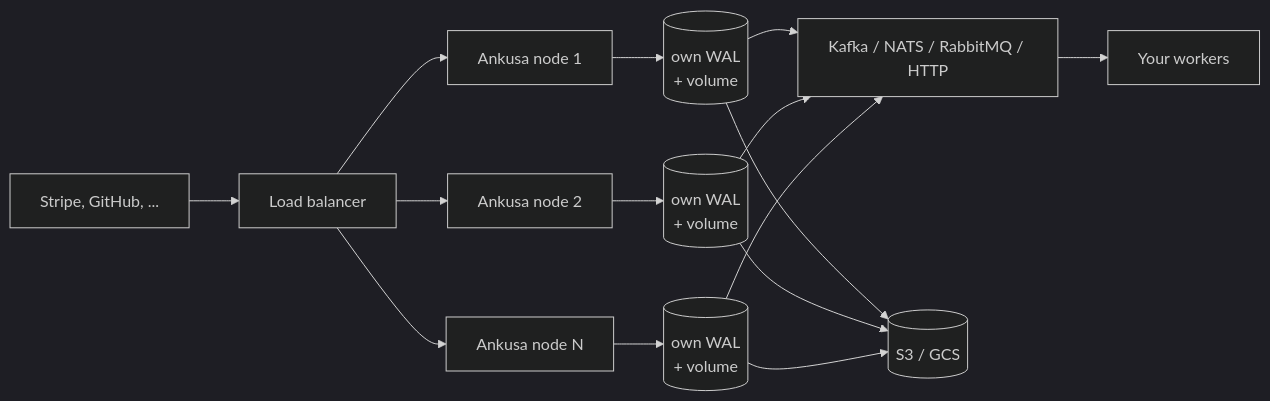
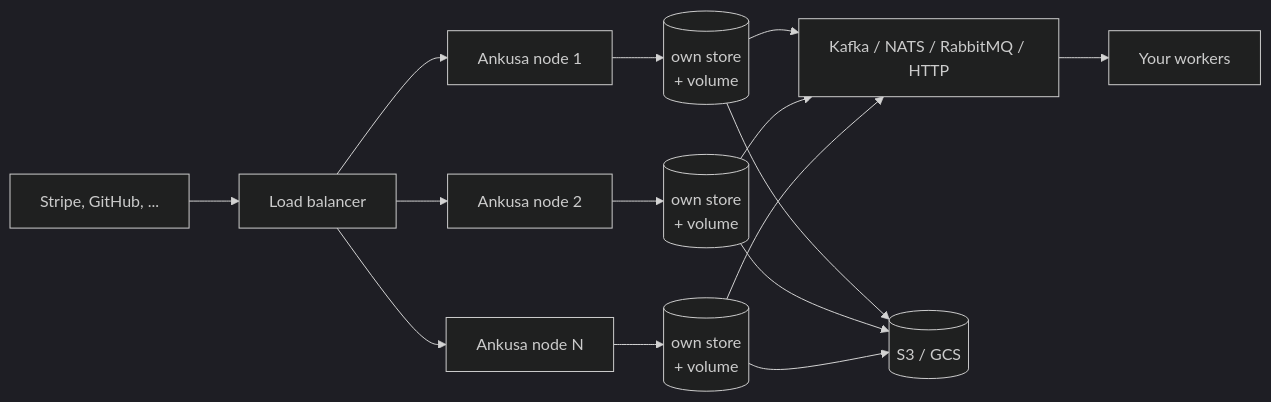
The second of 2 diagrams in README.md (jamescarr/ankusa), drawn with Mermaid (dark theme) before and after one commit. The commit also changed other lines of this file and 129 other files, not shown here.

Commit message:
feat(store)!: one RocksDB store replaces the WAL, DLQ and state files (#54)

````diff
--- a/README.md
+++ b/README.md
@@ -135,13 +137,13 @@
 ```mermaid
 flowchart LR
     P[Stripe, GitHub, ...] --> LB[Load balancer]
     LB --> E1[Ankusa node 1]
     LB --> E2[Ankusa node 2]
     LB --> E3[Ankusa node N]
-    E1 --> WAL1[("own WAL\n+ volume")]
-    E2 --> WAL2[("own WAL\n+ volume")]
-    E3 --> WAL3[("own WAL\n+ volume")]
-    WAL1 & WAL2 & WAL3 --> Q[Kafka / NATS / RabbitMQ / HTTP]
-    WAL1 & WAL2 & WAL3 --> S[(S3 / GCS)]
+    E1 --> ST1[("own store\n+ volume")]
+    E2 --> ST2[("own store\n+ volume")]
+    E3 --> ST3[("own store\n+ volume")]
+    ST1 & ST2 & ST3 --> Q[Kafka / NATS / RabbitMQ / HTTP]
+    ST1 & ST2 & ST3 --> S[(S3 / GCS)]
     Q --> W[Your workers]
 ```
````
